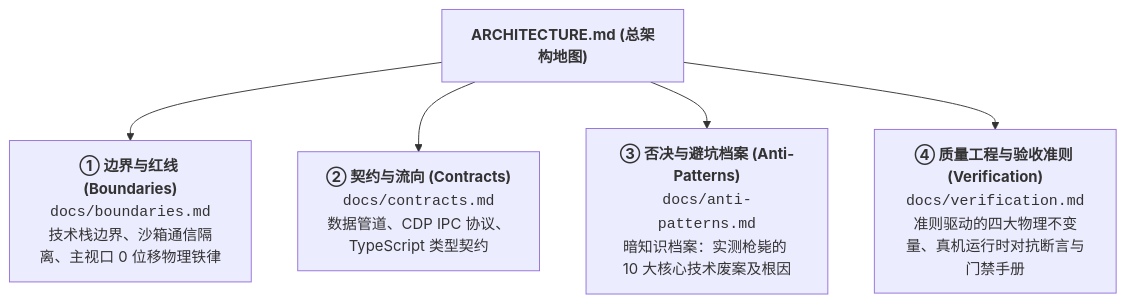
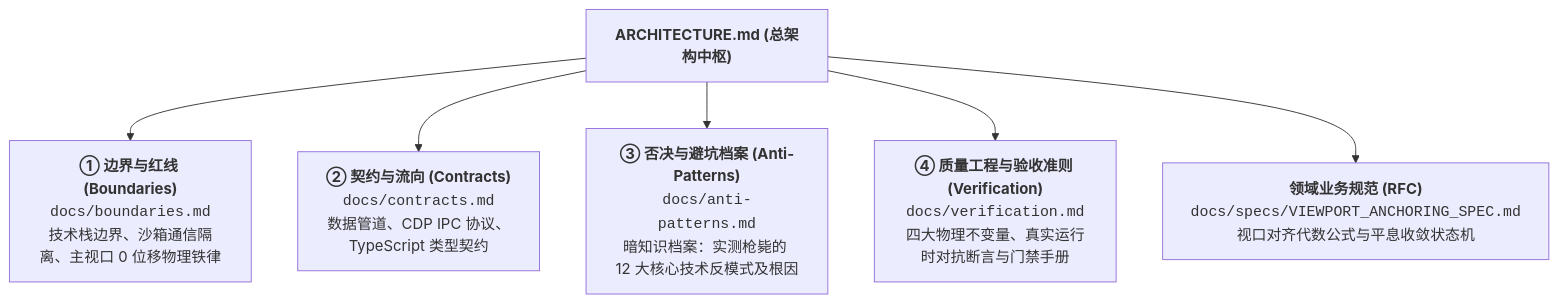
One commit to moumouye/antigravity-timeline changed the second of 2 diagrams in ARCHITECTURE.md. Above: the diagram before and after it, drawn with Mermaid. The commit also changed other lines of this file and 5 other files, not shown here.

First line of the commit message:
📝 docs(governance): 升级工程治理体系并确立意图路由、活体映射锁与视口规范RFC

````diff
--- a/ARCHITECTURE.md
+++ b/ARCHITECTURE.md
@@ -12,14 +49,16 @@
 ```mermaid
 flowchart TD
-    Hub["<b>ARCHITECTURE.md (总架构地图)</b>"]
+    Hub["<b>ARCHITECTURE.md (总架构中枢)</b>"]
 
     Doc1["<b>① 边界与红线 (Boundaries)</b><br/><code>docs/boundaries.md</code><br/>技术栈边界、沙箱通信隔离、主视口 0 位移物理铁律"]
     Doc2["<b>② 契约与流向 (Contracts)</b><br/><code>docs/contracts.md</code><br/>数据管道、CDP IPC 协议、TypeScript 类型契约"]
-    Doc3["<b>③ 否决与避坑档案 (Anti-Patterns)</b><br/><code>docs/anti-patterns.md</code><br/>暗知识档案：实测枪毙的 10 大核心技术废案及根因"]
-    Doc4["<b>④ 质量工程与验收准则 (Verification)</b><br/><code>docs/verification.md</code><br/>准则驱动的四大物理不变量、真机运行时对抗断言与门禁手册"]
+    Doc3["<b>③ 否决与避坑档案 (Anti-Patterns)</b><br/><code>docs/anti-patterns.md</code><br/>暗知识档案：实测枪毙的 12 大核心技术反模式及根因"]
+    Doc4["<b>④ 质量工程与验收准则 (Verification)</b><br/><code>docs/verification.md</code><br/>四大物理不变量、真实运行时对抗断言与门禁手册"]
+    Spec1["<b>领域业务规范 (RFC)</b><br/><code>docs/specs/VIEWPORT_ANCHORING_SPEC.md</code><br/>视口对齐代数公式与平息收敛状态机"]
 
     Hub --> Doc1
     Hub --> Doc2
     Hub --> Doc3
     Hub --> Doc4
+    Hub --> Spec1
 ```
````
